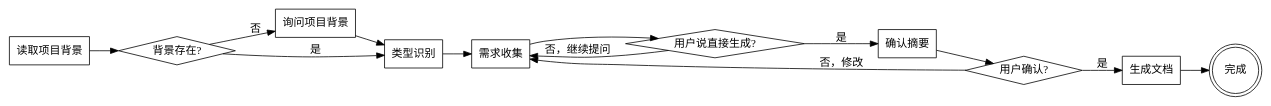
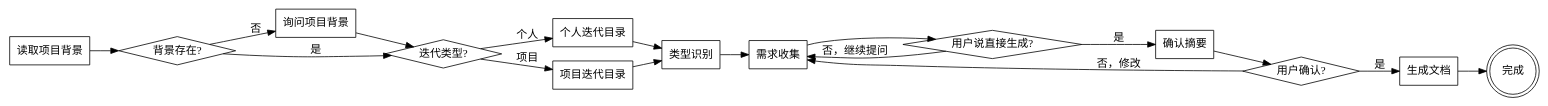
One commit to MTleen/cc-workflow changed the diagram in .claude/skills/ideal-requirement/SKILL.md. Above: the diagram before and after it, drawn with Graphviz. The commit also changed other lines of this file and 2 other files, not shown here.

````diff
--- a/.claude/skills/ideal-requirement/SKILL.md
+++ b/.claude/skills/ideal-requirement/SKILL.md
@@ -47,29 +50,36 @@
 ```dot
 digraph requirement_workflow {
     rankdir=LR;
     node [shape=box];
     "读取项目背景" [shape=box];
     "背景存在?" [shape=diamond];
     "询问项目背景" [shape=box];
+    "迭代类型?" [shape=diamond];
+    "个人迭代目录" [shape=box];
+    "项目迭代目录" [shape=box];
     "类型识别" [shape=box];
     "需求收集" [shape=box];
     "用户说直接生成?" [shape=diamond];
     "确认摘要" [shape=box];
     "用户确认?" [shape=diamond];
     "生成文档" [shape=box];
     "完成" [shape=doublecircle];
 
     "读取项目背景" -> "背景存在?";
-    "背景存在?" -> "类型识别" [label="是"];
+    "背景存在?" -> "迭代类型?" [label="是"];
     "背景存在?" -> "询问项目背景" [label="否"];
-    "询问项目背景" -> "类型识别";
+    "询问项目背景" -> "迭代类型?";
+    "迭代类型?" -> "个人迭代目录" [label="个人"];
+    "迭代类型?" -> "项目迭代目录" [label="项目"];
+    "个人迭代目录" -> "类型识别";
+    "项目迭代目录" -> "类型识别";
     "类型识别" -> "需求收集";
     "需求收集" -> "用户说直接生成?";
     "用户说直接生成?" -> "确认摘要" [label="是"];
     "用户说直接生成?" -> "需求收集" [label="否，继续提问"];
     "确认摘要" -> "用户确认?";
     "用户确认?" -> "生成文档" [label="是"];
     "用户确认?" -> "需求收集" [label="否，修改"];
     "生成文档" -> "完成";
 }
 ```
````
